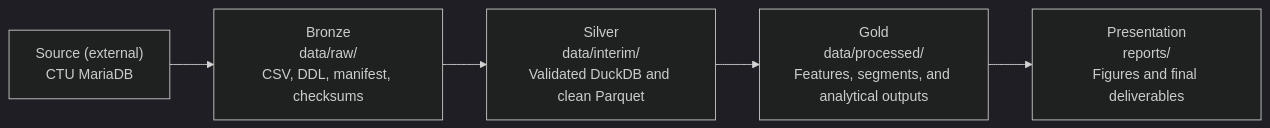
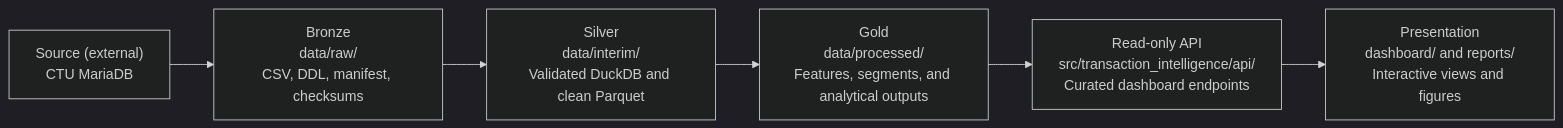
One commit to antonsoss/transaction-intelligence-customer-analytics changed the diagram in README.md. Above: the diagram before and after it, drawn with Mermaid (dark theme). The commit also changed other lines of this file and 46 other files, not shown here.

Commit message:
MIA-5126: Add analytical dashboard and API

````diff
--- a/README.md
+++ b/README.md
@@ -27,10 +29,11 @@
 ```mermaid
 flowchart LR
     A["Source (external)<br/>CTU MariaDB"]
     B["Bronze<br/>data/raw/<br/>CSV, DDL, manifest, checksums"]
     C["Silver<br/>data/interim/<br/>Validated DuckDB and clean Parquet"]
     D["Gold<br/>data/processed/<br/>Features, segments, and analytical outputs"]
-    E["Presentation<br/>reports/<br/>Figures and final deliverables"]
+    E["Read-only API<br/>src/transaction_intelligence/api/<br/>Curated dashboard endpoints"]
+    F["Presentation<br/>dashboard/ and reports/<br/>Interactive views and figures"]
 
-    A --> B --> C --> D --> E
+    A --> B --> C --> D --> E --> F
 ```
````
